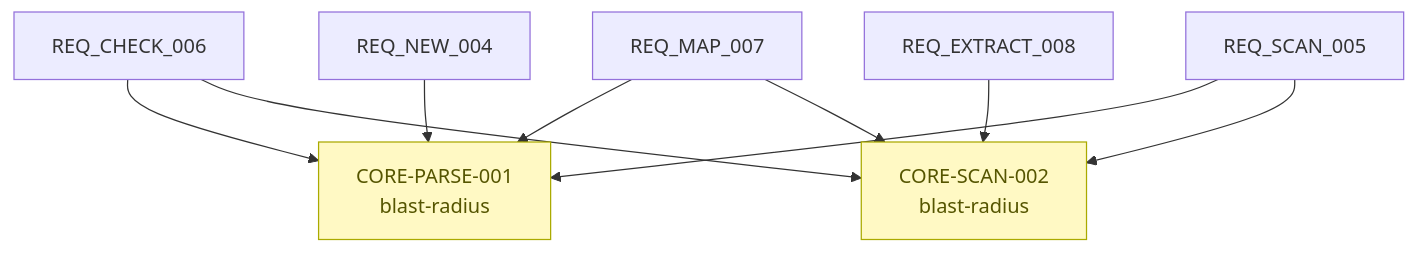
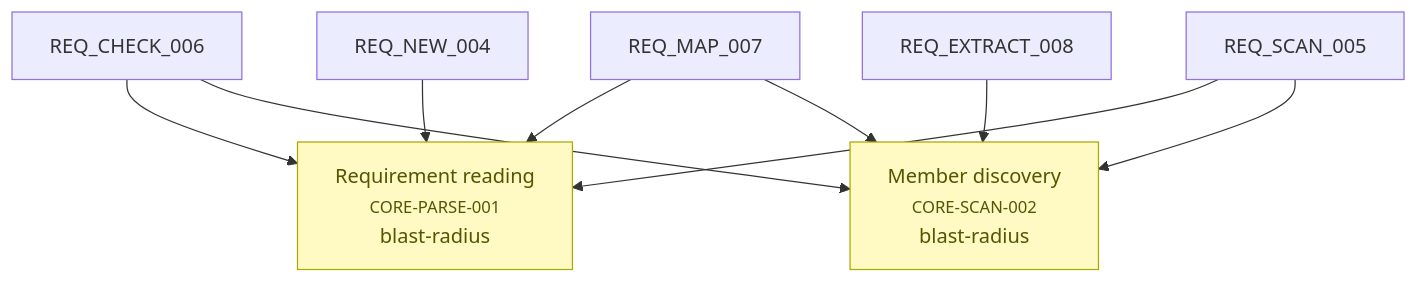
The fifth of 5 diagrams in requirements/_map.md (alxmax/Requirement-manager), drawn with Mermaid before and after one commit. The commit also changed other lines of this file and 2 other files, not shown here.

First line of the commit message:
feat: human titles on map nodes (title big, ID small)

````diff
--- a/requirements/_map.md
+++ b/requirements/_map.md
@@ -129,15 +129,15 @@
 ```mermaid
 graph TD
-  CORE_PARSE_001["CORE-PARSE-001\nblast-radius"]
+  CORE_PARSE_001["Requirement reading<br><small>CORE-PARSE-001</small><br>blast-radius"]
   style CORE_PARSE_001 fill:#fff9c4,stroke:#aa0,color:#550
-  CORE_SCAN_002["CORE-SCAN-002\nblast-radius"]
+  CORE_SCAN_002["Member discovery<br><small>CORE-SCAN-002</small><br>blast-radius"]
   style CORE_SCAN_002 fill:#fff9c4,stroke:#aa0,color:#550
   REQ_CHECK_006 --> CORE_PARSE_001
   REQ_CHECK_006 --> CORE_SCAN_002
   REQ_EXTRACT_008 --> CORE_SCAN_002
   REQ_MAP_007 --> CORE_PARSE_001
   REQ_MAP_007 --> CORE_SCAN_002
   REQ_NEW_004 --> CORE_PARSE_001
   REQ_SCAN_005 --> CORE_PARSE_001
   REQ_SCAN_005 --> CORE_SCAN_002
 ```
````
